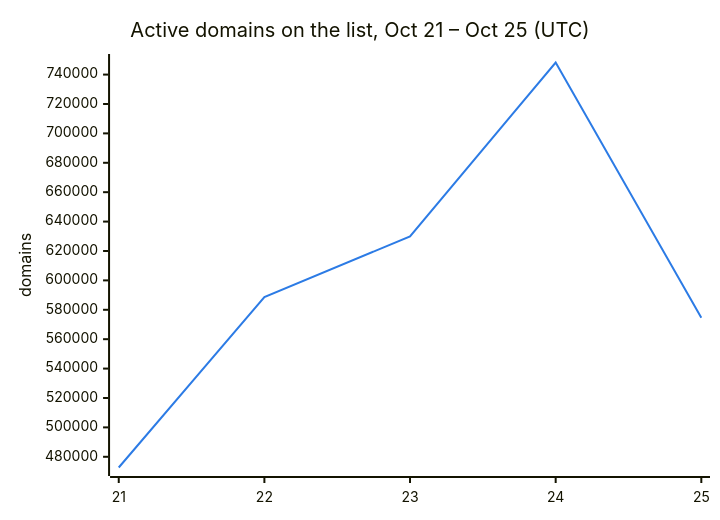
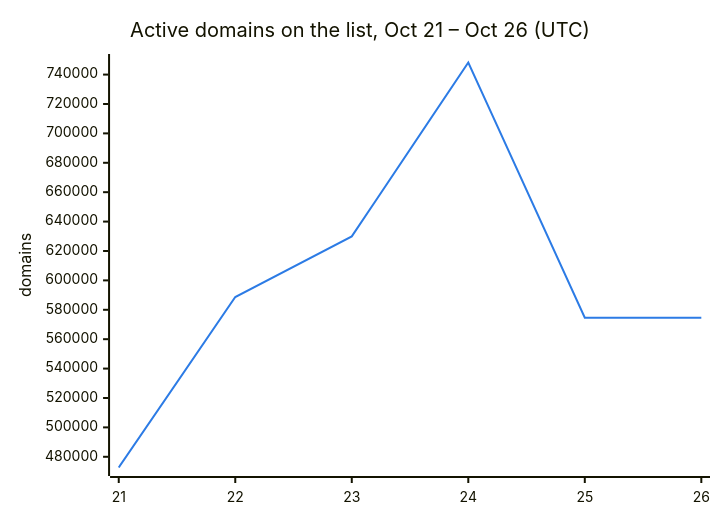
Before and after one commit to DNSBunker/CTI: the second of 3 diagrams in README.md, drawn with Mermaid. The commit also changed other lines of this file and 3 other files, not shown here.

First line of the commit message:
Update 2026-10-26 00:13 UTC: 574612 domains

````diff
--- a/README.md
+++ b/README.md
@@ -38,8 +38,8 @@
 ```mermaid
 %%{init: {"themeVariables": {"xyChart": {"plotColorPalette": "#2c7be5"}}}}%%
 xychart-beta
-    title "Active domains on the list, Oct 21 – Oct 25 (UTC)"
-    x-axis ["21", "22", "23", "24", "25"]
+    title "Active domains on the list, Oct 21 – Oct 26 (UTC)"
+    x-axis ["21", "22", "23", "24", "25", "26"]
     y-axis "domains"
-    line [472713, 588659, 629951, 748222, 574614]
+    line [472713, 588659, 629951, 748222, 574614, 574612]
 ```
````
